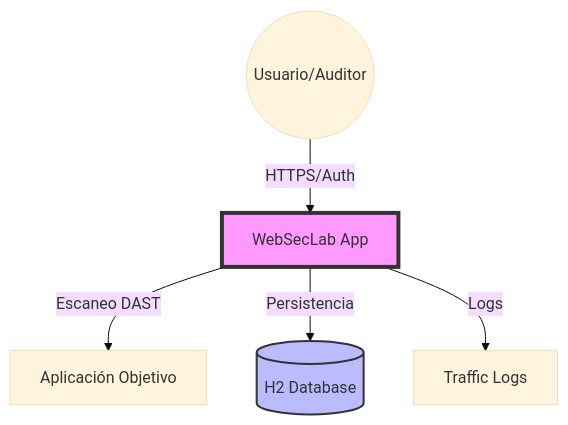
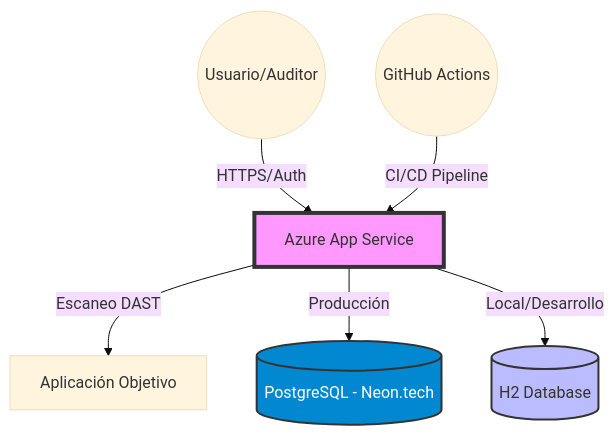
The second of 4 diagrams in docs/DOCUMENTACION_COMPLETA.md (tomasote572/APP_Seguridad), drawn with Mermaid (base theme) before and after one commit. The commit also changed 2 other files, not shown here.

Commit message:
Actualizar documentación con arquitectura Azure, GitHub Actions y NeonDB

````diff
--- a/docs/DOCUMENTACION_COMPLETA.md
+++ b/docs/DOCUMENTACION_COMPLETA.md
@@ -57,9 +57,11 @@
 ```mermaid
 graph TD
-    User((Usuario/Auditor)) -->|HTTPS/Auth| WebSecLab[WebSecLab App]
-    WebSecLab -->|Escaneo DAST| TargetApp[Aplicación Objetivo]
-    WebSecLab -->|Persistencia| H2[(H2 Database)]
-    WebSecLab -->|Logs| Traffic[Traffic Logs]
-    style WebSecLab fill:#f9f,stroke:#333,stroke-width:4px
+    User((Usuario/Auditor)) -->|HTTPS/Auth| AzureApp[Azure App Service]
+    GitHub((GitHub Actions)) -->|CI/CD Pipeline| AzureApp
+    AzureApp -->|Escaneo DAST| TargetApp[Aplicación Objetivo]
+    AzureApp -->|Producción| NeonDB[(PostgreSQL - Neon.tech)]
+    AzureApp -->|Local/Desarrollo| H2[(H2 Database)]
+    style AzureApp fill:#f9f,stroke:#333,stroke-width:4px
+    style NeonDB fill:#0288d1,stroke:#333,stroke-width:2px,color:#fff
     style H2 fill:#bbf,stroke:#333,stroke-width:2px
 ```
````
